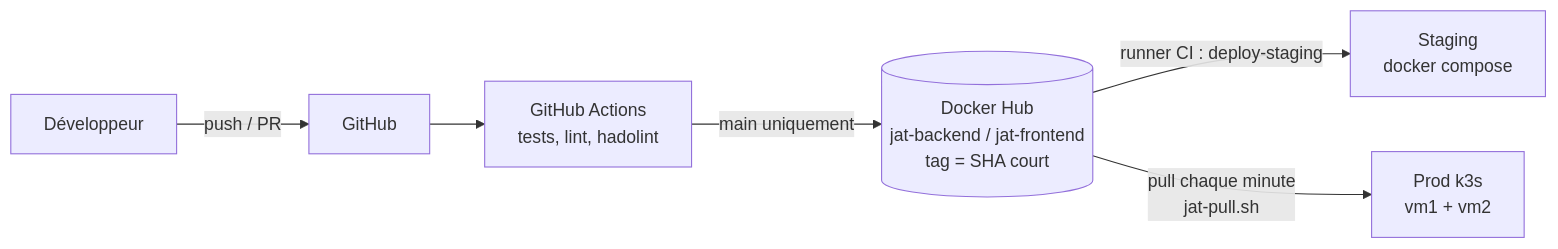
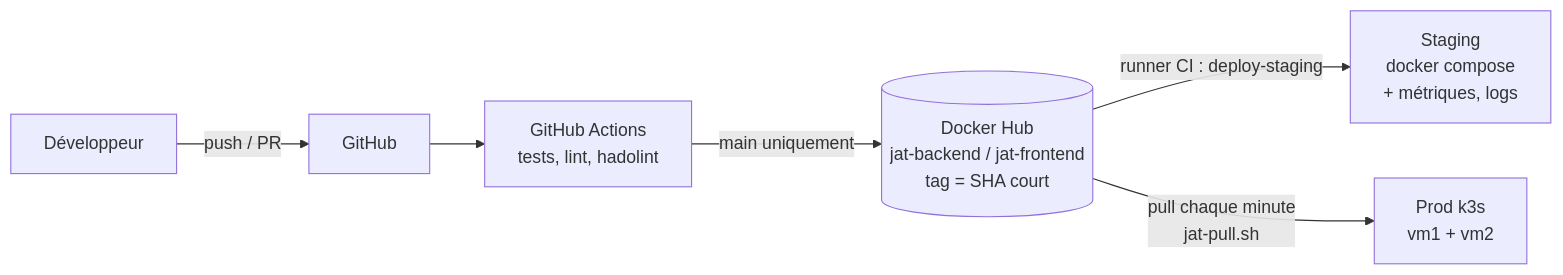
The diagram in README.md (AnecV8/Projet-devops-avancee), drawn with Mermaid before and after one commit. The commit also changed 1 other file, not shown here.

Commit message:
docs: keep staging and observability docs, tracing studied but not implemented

````diff
--- a/README.md
+++ b/README.md
@@ -13,8 +13,8 @@
 ```mermaid
 flowchart LR
   dev[Développeur] -->|push / PR| gh[GitHub]
   gh --> ci[GitHub Actions<br/>tests, lint, hadolint]
   ci -->|main uniquement| hub[(Docker Hub<br/>jat-backend / jat-frontend<br/>tag = SHA court)]
-  hub -->|runner CI : deploy-staging| stg[Staging<br/>docker compose]
+  hub -->|runner CI : deploy-staging| stg[Staging<br/>docker compose<br/>+ métriques, logs]
   hub -->|pull chaque minute<br/>jat-pull.sh| prod[Prod k3s<br/>vm1 + vm2]
 ```
````
